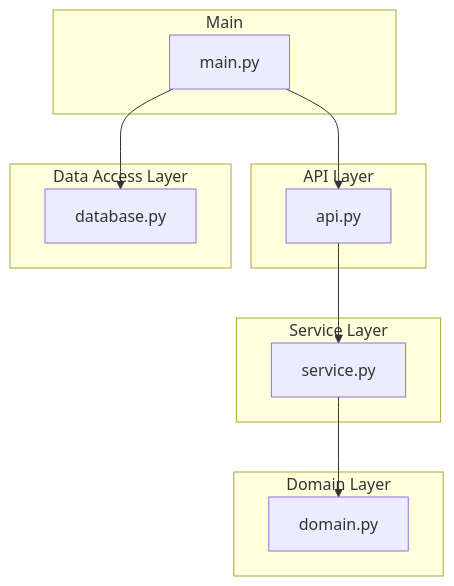
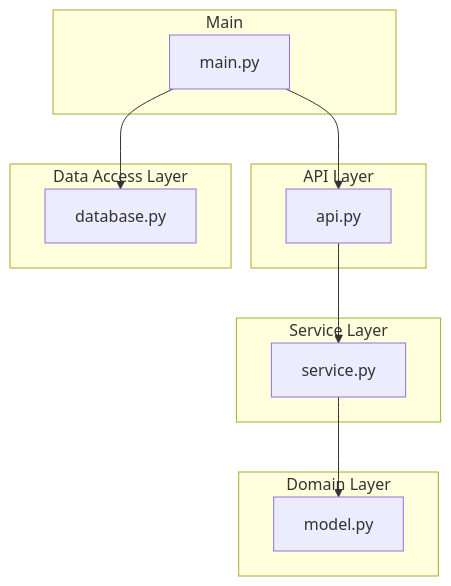
Before and after one commit to Sungchul-P/learn-fastapi: the first of 3 diagrams in README.md, drawn with Mermaid. The commit also changed other lines of this file and 3 other files, not shown here.

````diff
--- a/README.md
+++ b/README.md
@@ -30,22 +30,22 @@
 ```mermaid
 graph TB
     subgraph Main
         MAIN[main.py]
     end
     subgraph API Layer
         API[api.py]
     end
     subgraph Service Layer
         SVC[service.py]
     end
     subgraph Domain Layer
-        ENT[domain.py]
+        ENT[model.py]
     end
     subgraph Data Access Layer
         DB[database.py]
     end
     MAIN --> API
     MAIN --> DB
     API --> SVC
     SVC --> ENT
 ```
````
